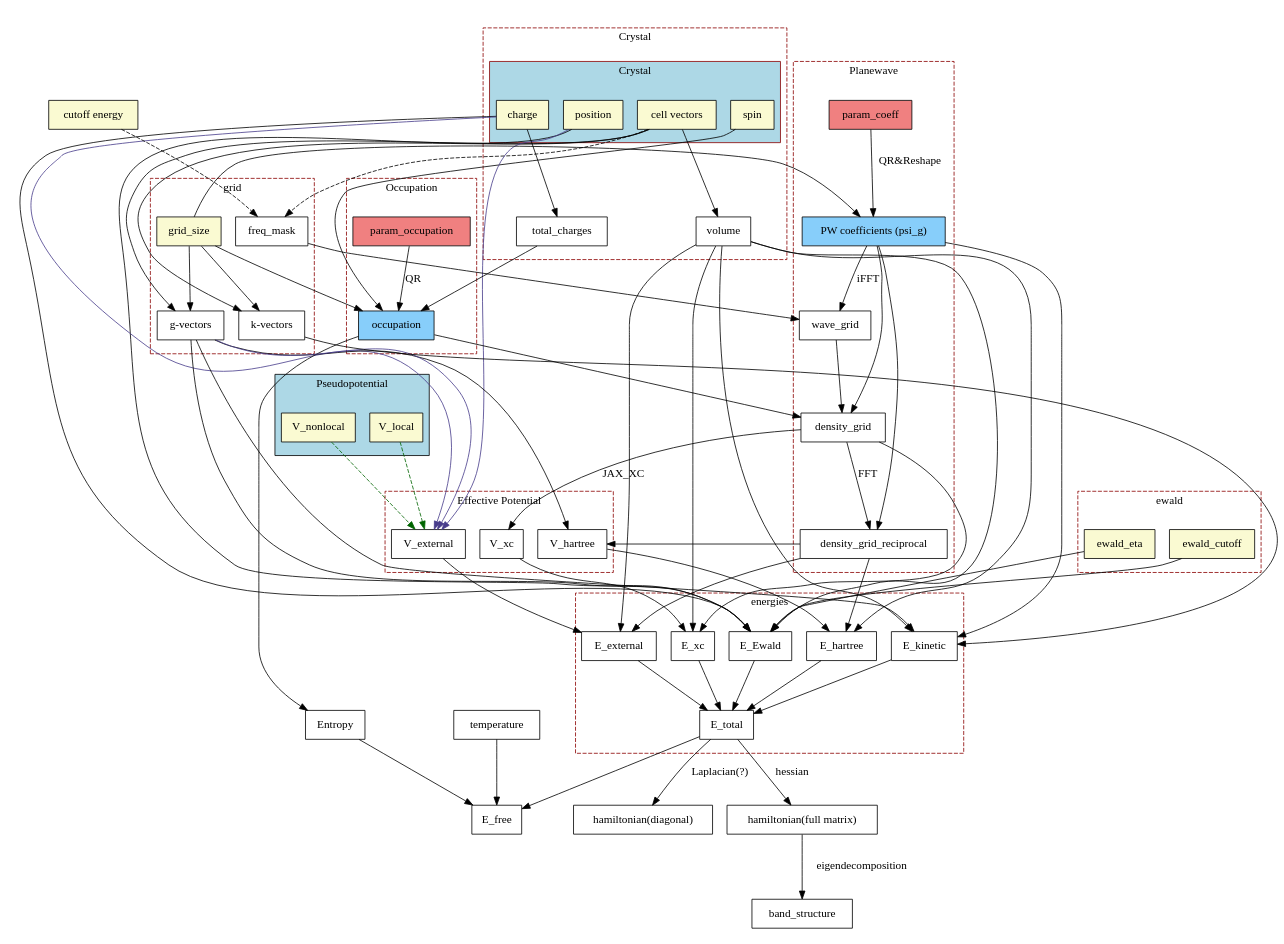
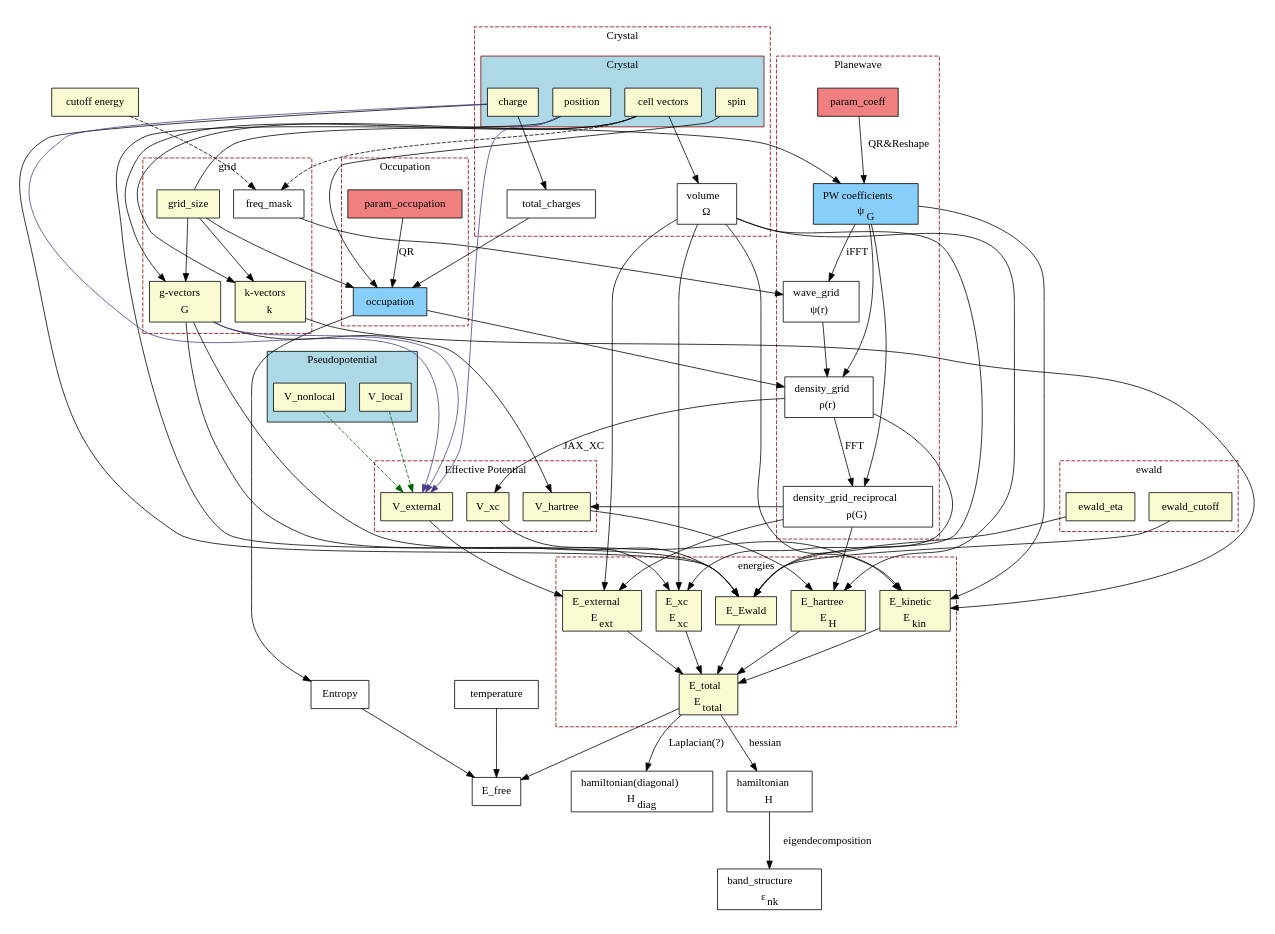
Before and after one commit to sail-sg/jrystal: the diagram in docs/_static/graph.dot, drawn with Graphviz. The commit also changed 3 other files, not shown here.

Commit message:
add math to call graph

```diff
--- a/docs/_static/graph.dot
+++ b/docs/_static/graph.dot
@@ -10,37 +10,38 @@
   v_local [label="V_local", style="filled", fillcolor=lightgoldenrodyellow]
   v_nonlocal [label="V_nonlocal", style="filled", fillcolor=lightgoldenrodyellow]
   
-  coeff [label="PW coefficients (psi_g)", style="filled", fillcolor=lightskyblue]
+  coeff [label=<<TABLE BORDER="0" CELLBORDER="0"><TR><TD>PW coefficients</TD></TR><TR><TD>ψ<SUB>G</SUB></TD></TR></TABLE>>, style="filled", fillcolor=lightskyblue]
   param_coeff [label="param_coeff", style="filled", fillcolor=lightcoral]
   
   occupation [label="occupation", style="filled", fillcolor=lightskyblue]
   param_occ [label="param_occupation", style="filled", fillcolor=lightcoral]
   
-  wave_r [label="wave_grid"]
-  dens_r [label="density_grid"]
-  dens_g [label="density_grid_reciprocal"]
+  wave_r [label=<<TABLE BORDER="0" CELLBORDER="0"><TR><TD>wave_grid</TD></TR><TR><TD>ψ(r)</TD></TR></TABLE>>]
+  dens_r [label=<<TABLE BORDER="0" CELLBORDER="0"><TR><TD>density_grid</TD></TR><TR><TD>ρ(r)</TD></TR></TABLE>>]
+  dens_g [label=<<TABLE BORDER="0" CELLBORDER="0"><TR><TD>density_grid_reciprocal</TD></TR><TR><TD>ρ(G)</TD></TR></TABLE>>]
   
-  vol [label="volume"]
-  gpts [label="g-vectors"]
-  kpts [label="k-vectors"]
+  vol [label=<<TABLE BORDER="0" CELLBORDER="0"><TR><TD>volume</TD></TR><TR><TD>Ω</TD></TR></TABLE>>]
+  gpts [label=<<TABLE BORDER="0" CELLBORDER="0"><TR><TD>g-vectors</TD></TR><TR><TD>G</TD></TR></TABLE>>, style="filled", fillcolor=lightgoldenrodyellow]
+  kpts [label=<<TABLE BORDER="0" CELLBORDER="0"><TR><TD>k-vectors</TD></TR><TR><TD>k</TD></TR></TABLE>>, style="filled", fillcolor=lightgoldenrodyellow]
   total_charge [label="total_charges"]
   
-  e_har [label="E_hartree"]
-  e_ext [label="E_external"]
-  e_xc [label="E_xc"]
-  e_kin [label="E_kinetic"]
-  e_ewald [label="E_Ewald"]
-  e_total [label="E_total"]
+  e_har [label=<<TABLE BORDER="0" CELLBORDER="0"><TR><TD>E_hartree</TD></TR><TR><TD>E<SUB>H</SUB></TD></TR></TABLE>>, style="filled", fillcolor=lightgoldenrodyellow]
+  e_ext [label=<<TABLE BORDER="0" CELLBORDER="0"><TR><TD>E_external</TD></TR><TR><TD>E<SUB>ext</SUB></TD></TR></TABLE>>, style="filled", fillcolor=lightgoldenrodyellow]
+  e_xc [label=<<TABLE BORDER="0" CELLBORDER="0"><TR><TD>E_xc</TD></TR><TR><TD>E<SUB>xc</SUB></TD></TR></TABLE>>, style="filled", fillcolor=lightgoldenrodyellow]
+  e_kin [label=<<TABLE BORDER="0" CELLBORDER="0"><TR><TD>E_kinetic</TD></TR><TR><TD>E<SUB>kin</SUB></TD></TR></TABLE>>, style="filled", fillcolor=lightgoldenrodyellow]
+  e_ewald [label="E_Ewald", style="filled", fillcolor=lightgoldenrodyellow]
+  e_total [label=<<TABLE BORDER="0" CELLBORDER="0"><TR><TD>E_total</TD></TR><TR><TD>E<SUB>total</SUB></TD></TR></TABLE>>, style="filled", fillcolor=lightgoldenrodyellow]
   
-  v_har [label="V_hartree"]
-  v_xc [label="V_xc"]
-  v_ext [label="V_external"]
+  v_har [label="V_hartree", style="filled", fillcolor=lightgoldenrodyellow]
+  v_xc [label="V_xc", style="filled", fillcolor=lightgoldenrodyellow]
+  v_ext [label="V_external", style="filled", fillcolor=lightgoldenrodyellow]
   grid_size [label = "grid_size", style="filled", fillcolor=lightgoldenrodyellow]
   
-  hamil_matrix [label = "hamiltonian(full matrix)"]
-  hamil_matrix_diag [label = "hamiltonian(diagonal)"]
+  hamil_matrix [label=<<TABLE BORDER="0" CELLBORDER="0"><TR><TD>hamiltonian</TD></TR><TR><TD>H</TD></TR></TABLE>>]
+  hamil_matrix_diag [label=<<TABLE BORDER="0" CELLBORDER="0"><TR><TD>hamiltonian(diagonal)</TD></TR><TR><TD>H<SUB>diag</SUB></TD></TR></TABLE>>]
   
-
+  band_structure [label=<<TABLE BORDER="0" CELLBORDER="0"><TR><TD>band_structure</TD></TR><TR><TD>ε<SUB>nk</SUB></TD></TR></TABLE>>]
+  
   ####################################################
   
   param_coeff -> coeff [label="QR&Reshape"]
```
